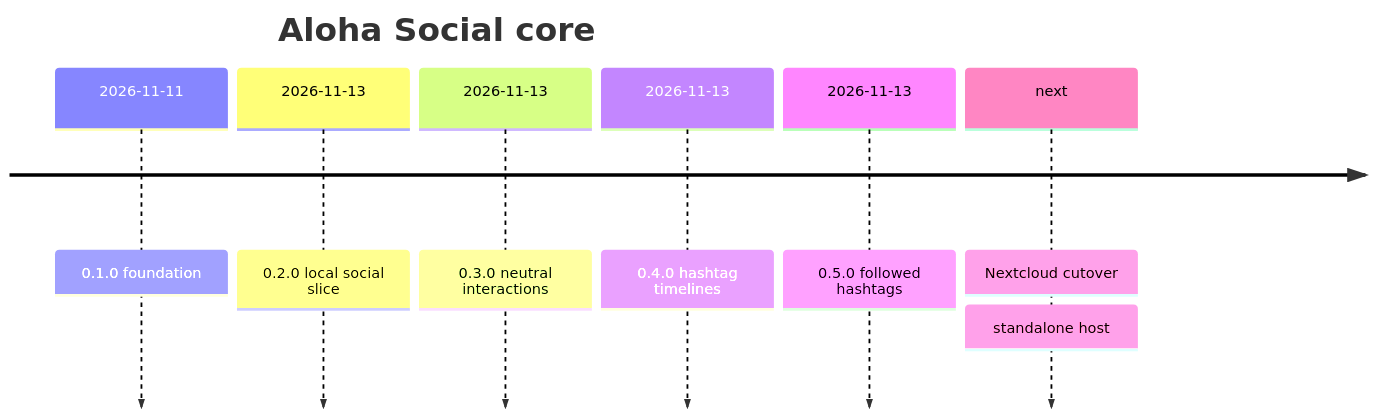
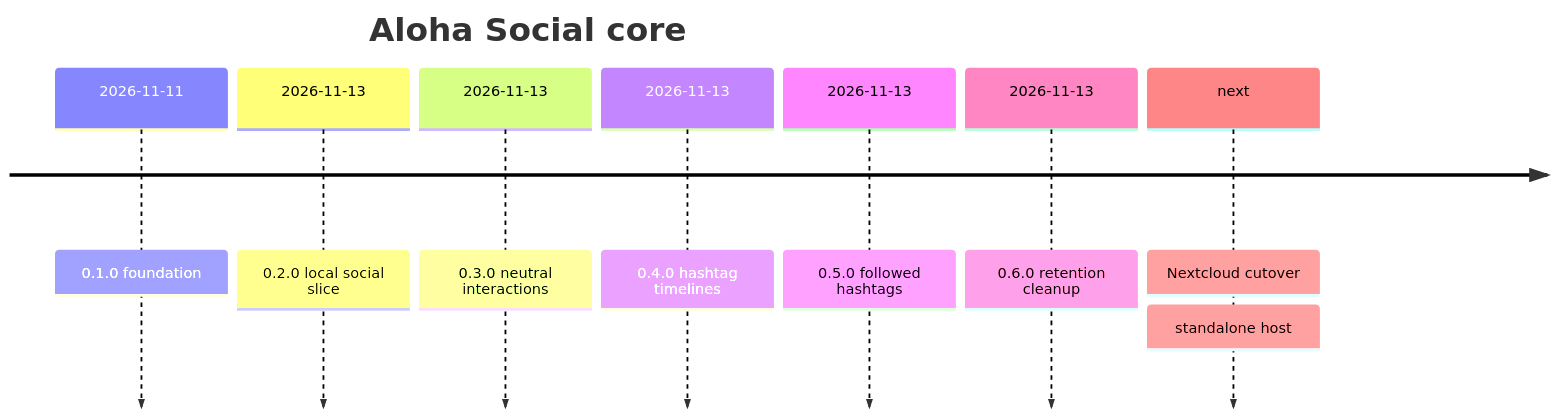
The second of 2 diagrams in README.md (SchBenedikt/core), drawn with Mermaid before and after one commit. The commit also changed other lines of this file and 51 other files, not shown here.

First line of the commit message:
feat(cleanup): add retention job for media, notifications and threads

````diff
--- a/README.md
+++ b/README.md
@@ -156,11 +157,12 @@
 ```mermaid
 timeline
     title Aloha Social core
     2026-11-11 : 0.1.0 foundation
     2026-11-13 : 0.2.0 local social slice
     2026-11-13 : 0.3.0 neutral interactions
     2026-11-13 : 0.4.0 hashtag timelines
     2026-11-13 : 0.5.0 followed hashtags
+    2026-11-13 : 0.6.0 retention cleanup
     next : Nextcloud cutover
          : standalone host
 ```
````
